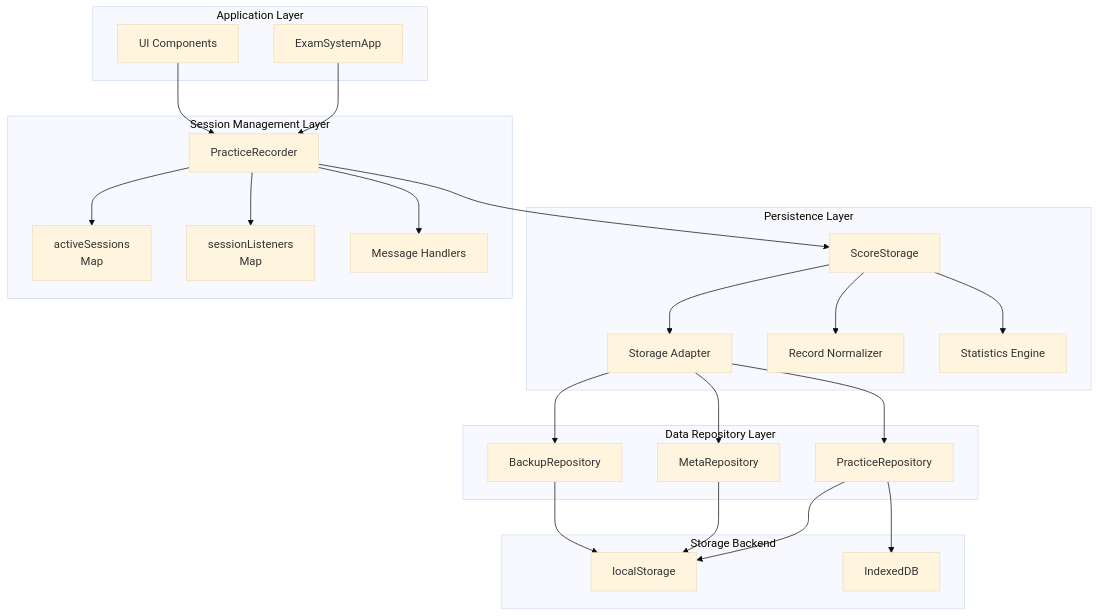
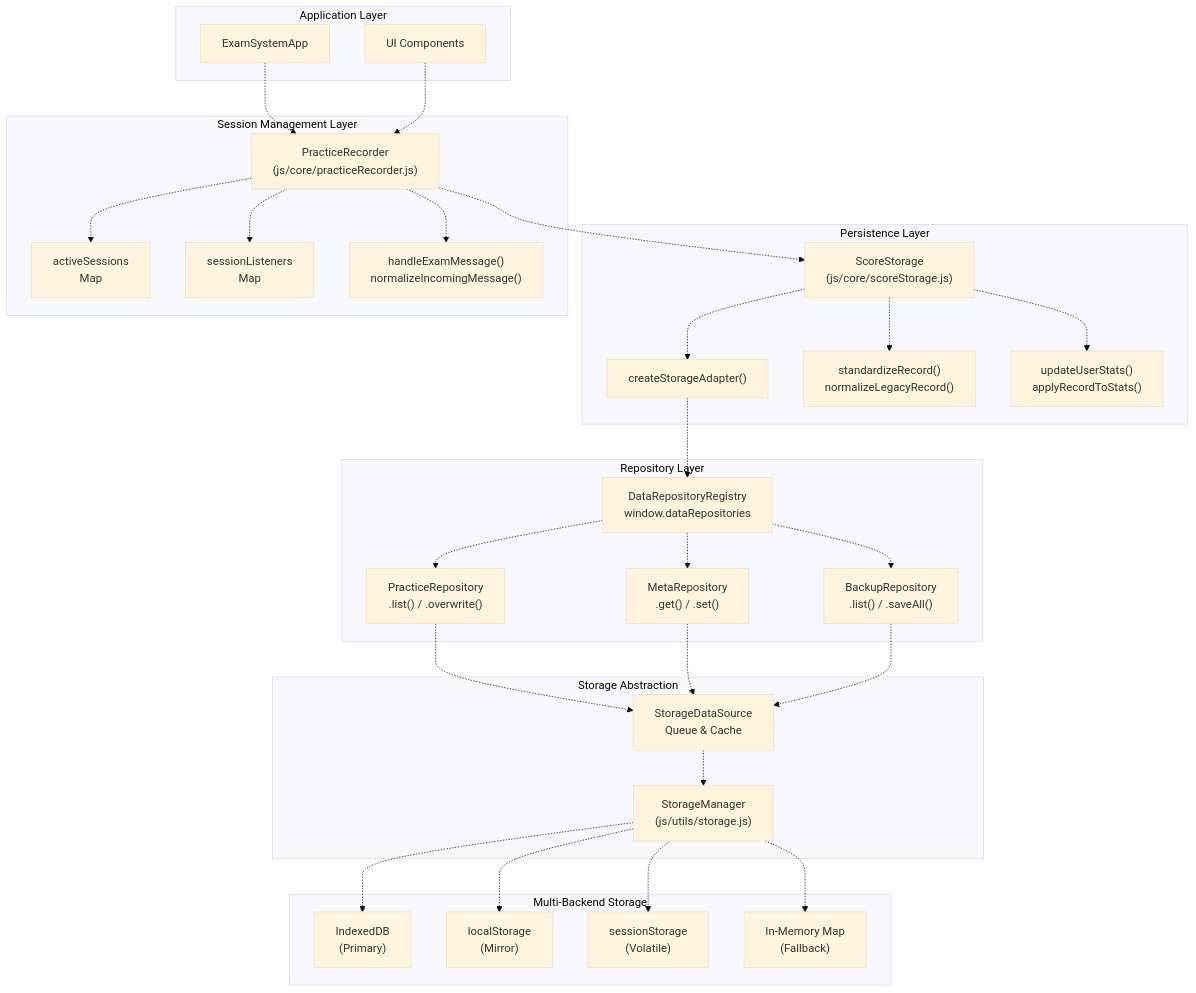
One commit to sallowayma-git/IELTS-practice changed the first of 14 diagrams in developer/doc/Wiki/PracticeRecorder-&-ScoreStorage.md. Above: the diagram before and after it, drawn with Mermaid (base theme). The commit also changed other lines of this file and 84 other files, not shown here.

```diff
--- a/developer/doc/Wiki/PracticeRecorder-&-ScoreStorage.md
+++ b/developer/doc/Wiki/PracticeRecorder-&-ScoreStorage.md
@@ -31,40 +32,58 @@
 
 APP["ExamSystemApp"]
 VIEWS["UI Components"]
-PR["PracticeRecorder"]
-AS["activeSessions<br>Map"]
-SL["sessionListeners<br>Map"]
-MH["Message Handlers"]
-SS["ScoreStorage"]
-ADAPTER["Storage Adapter"]
-NORM["Record Normalizer"]
-STATS["Statistics Engine"]
-PREPO["PracticeRepository"]
-MREPO["MetaRepository"]
-BREPO["BackupRepository"]
-LS["localStorage"]
-IDB["IndexedDB"]
+PR["PracticeRecorder<br>(js/core/practiceRecorder.js)"]
+AS["activeSessions<br>Map<examId, SessionData>"]
+SL["sessionListeners<br>Map<examId, intervalId>"]
+MH["handleExamMessage()<br>normalizeIncomingMessage()"]
+SS["ScoreStorage<br>(js/core/scoreStorage.js)"]
+ADAPTER["createStorageAdapter()"]
+NORM["standardizeRecord()<br>normalizeLegacyRecord()"]
+STATS["updateUserStats()<br>applyRecordToStats()"]
+DRR["DataRepositoryRegistry<br>window.dataRepositories"]
+PREPO["PracticeRepository<br>.list() / .overwrite()"]
+MREPO["MetaRepository<br>.get() / .set()"]
+BREPO["BackupRepository<br>.list() / .saveAll()"]
+SDS["StorageDataSource<br>Queue & Cache"]
+SM["StorageManager<br>(js/utils/storage.js)"]
+IDB["IndexedDB<br>(Primary)"]
+LS["localStorage<br>(Mirror)"]
+SS_STORE["sessionStorage<br>(Volatile)"]
+MEM["In-Memory Map<br>(Fallback)"]
 
-APP --> PR
-VIEWS --> PR
-PR --> SS
-ADAPTER --> PREPO
-ADAPTER --> MREPO
-ADAPTER --> BREPO
-PREPO --> LS
-MREPO --> LS
-BREPO --> LS
-PREPO --> IDB
+APP -.-> PR
+VIEWS -.-> PR
+PR -.-> SS
+ADAPTER -.-> DRR
+PREPO -.-> SDS
+MREPO -.-> SDS
+BREPO -.-> SDS
+SM -.-> IDB
+SM -.-> LS
+SM -.-> SS_STORE
+SM -.-> MEM
 
-subgraph subGraph4 ["Storage Backend"]
+subgraph subGraph5 ["Multi-Backend Storage"]
+    IDB
     LS
-    IDB
+    SS_STORE
+    MEM
 end
 
-subgraph subGraph3 ["Data Repository Layer"]
+subgraph subGraph4 ["Storage Abstraction"]
+    SDS
+    SM
+    SDS -.-> SM
+end
+
+subgraph subGraph3 ["Repository Layer"]
+    DRR
     PREPO
     MREPO
     BREPO
+    DRR -.-> PREPO
+    DRR -.-> MREPO
+    DRR -.-> BREPO
 end
 
 subgraph subGraph2 ["Persistence Layer"]
@@ -72,9 +91,9 @@
     ADAPTER
     NORM
     STATS
-    SS --> ADAPTER
-    SS --> NORM
-    SS --> STATS
+    SS -.-> ADAPTER
+    SS -.-> NORM
+    SS -.-> STATS
 end
 
 subgraph subGraph1 ["Session Management Layer"]
@@ -82,9 +101,9 @@
     AS
     SL
     MH
-    PR --> AS
-    PR --> SL
-    PR --> MH
+    PR -.-> AS
+    PR -.-> SL
+    PR -.-> MH
 end
 
 subgraph subGraph0 ["Application Layer"]
```
